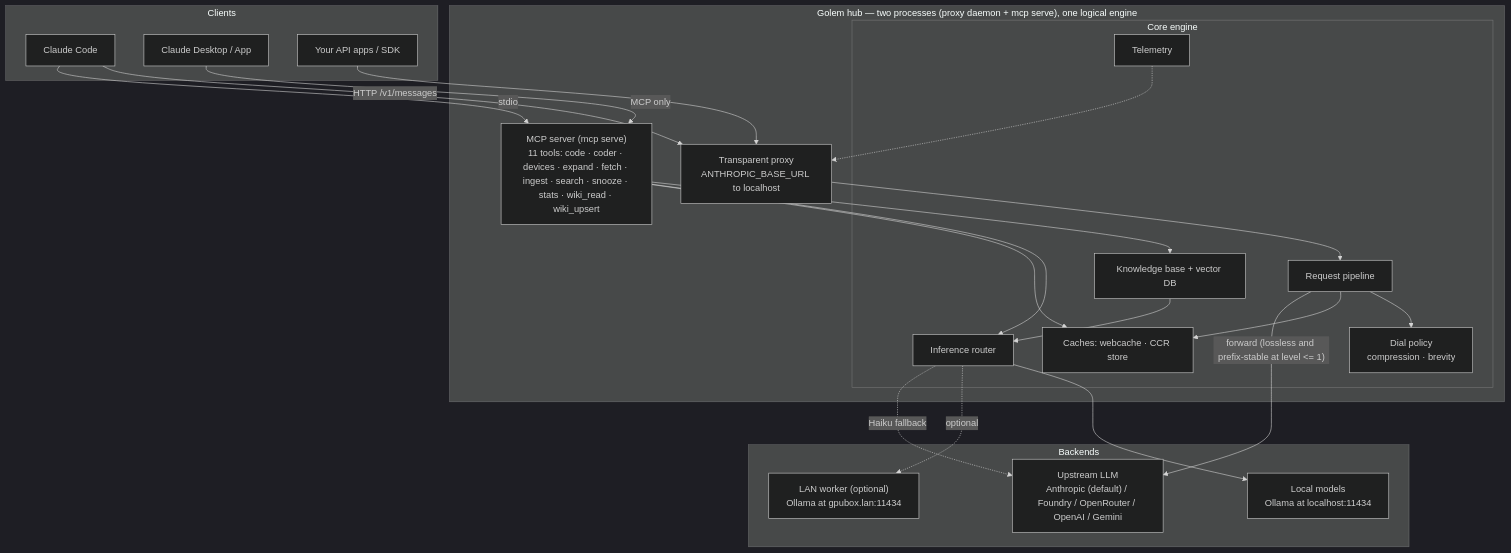
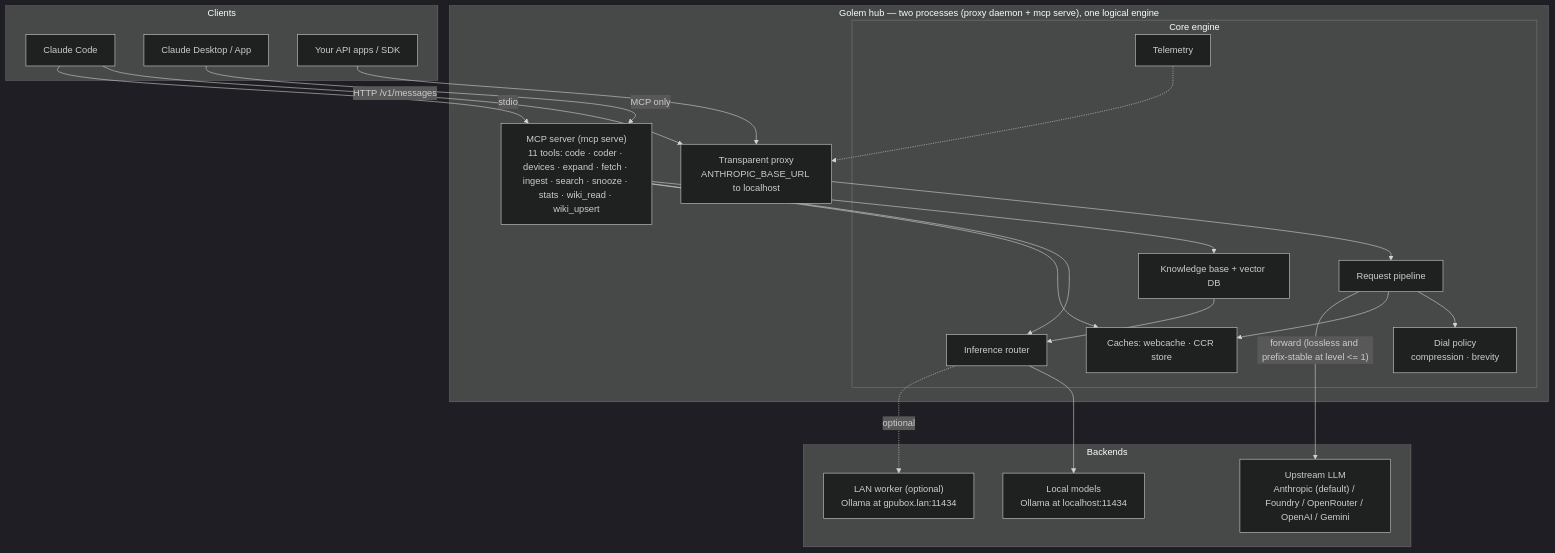
Before and after one commit to PliableSoftware/golem: the first of 8 diagrams in docs/wiki/concepts/Architecture.md, drawn with Mermaid (dark theme). The commit also changed other lines of this file and 6 other files, not shown here.

Commit message:
refactor(inference): delete the never-wired HaikuFallbackRequired / allowHaiku fallback

````diff
--- a/docs/wiki/concepts/Architecture.md
+++ b/docs/wiki/concepts/Architecture.md
@@ -41,45 +41,44 @@
 ```mermaid
 flowchart TB
   subgraph Clients
     CC["Claude Code"]
     CD["Claude Desktop / App"]
     SDK["Your API apps / SDK"]
   end
 
   subgraph Hub["Golem hub — two processes (proxy daemon + mcp serve), one logical engine"]
     PX["Transparent proxy<br/>ANTHROPIC_BASE_URL to localhost"]
     MCPS["MCP server (mcp serve)<br/>11 tools: code · coder · devices · expand · fetch · ingest · search · snooze · stats · wiki_read · wiki_upsert"]
     subgraph Core["Core engine"]
       PIPE["Request pipeline"]
       POLICY["Dial policy<br/>compression · brevity"]
       KB["Knowledge base + vector DB"]
       CACHE["Caches: webcache · CCR store"]
       INF["Inference router"]
       TEL["Telemetry"]
     end
   end
 
   subgraph Backends
     LOCAL["Local models<br/>Ollama at localhost:11434"]
     LAN["LAN worker (optional)<br/>Ollama at gpubox.lan:11434"]
     UP["Upstream LLM<br/>Anthropic (default) / Foundry / OpenRouter / OpenAI / Gemini"]
   end
 
   CC -->|"HTTP /v1/messages"| PX
   CC -->|"stdio"| MCPS
   CD -->|"MCP only"| MCPS
   SDK --> PX
 
   PX --> PIPE
   MCPS --> KB
   MCPS --> INF
   MCPS --> CACHE
   PIPE --> POLICY
   PIPE --> CACHE
   PIPE -->|"forward (lossless and prefix-stable at level <= 1)"| UP
   KB --> INF
   INF --> LOCAL
   INF -.->|"optional"| LAN
-  INF -.->|"Haiku fallback"| UP
   TEL -.-> PX
 ```
````
